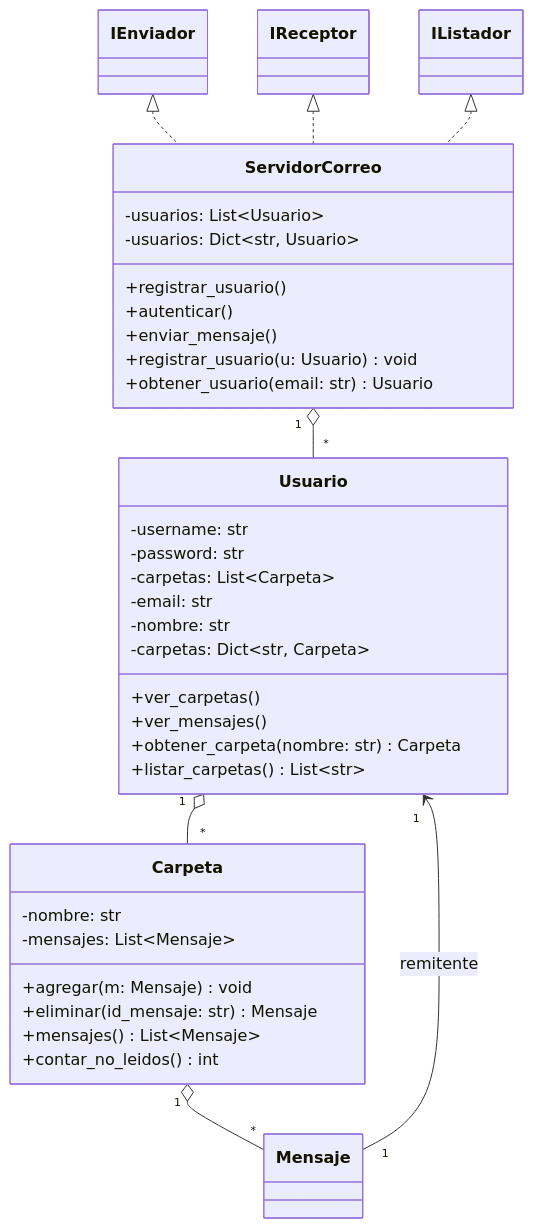
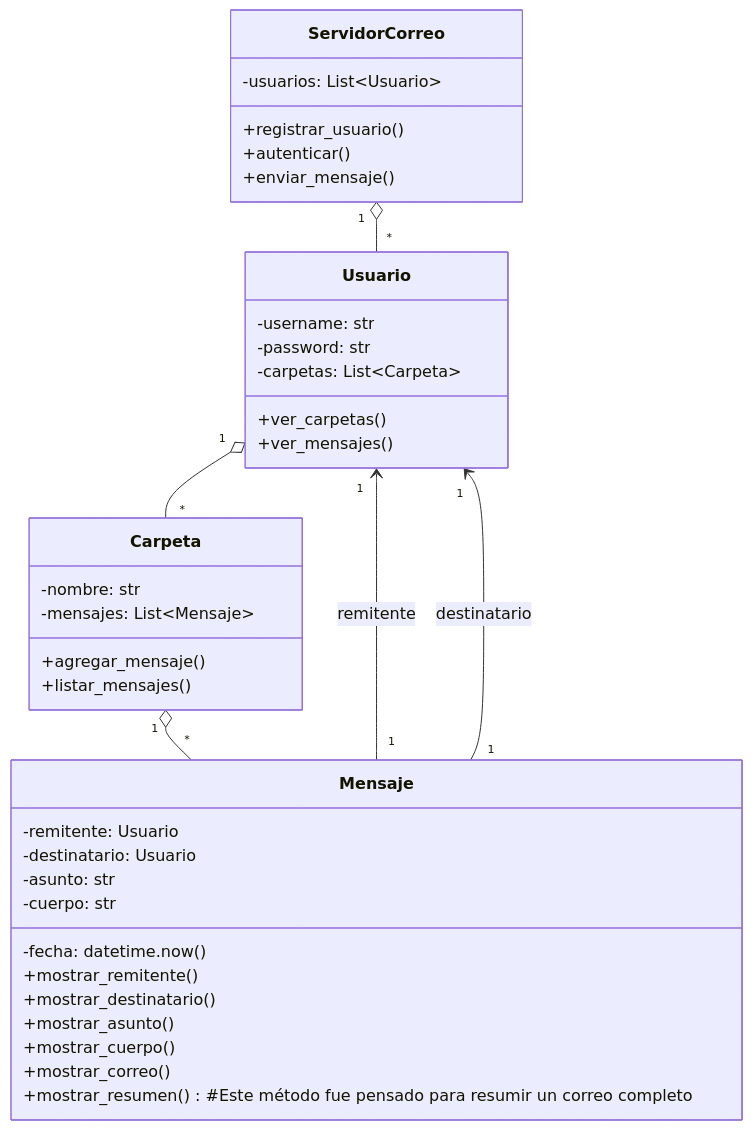
One commit to Python-UNAB/TP-ServicioDeCorreo changed the diagram in readme.md. Above: the diagram before and after it, drawn with Mermaid. The commit also changed other lines of this file, not shown here.

Commit message:
Revert "Merge branch 'main' of https://github.com/Python-UNAB/TP-ServicioDeCorreo"
This reverts commit ad8a7f5196e79d67974bfb7d0189e387f292e57d, reversing
changes made to aface317b8ebb5582b22d283dde010970d487da8.

````diff
--- a/readme.md
+++ b/readme.md
@@ -15,51 +15,46 @@
 ```mermaid
 classDiagram
     direction TB
 
     class ServidorCorreo {
         -usuarios: List~Usuario~
         +registrar_usuario()
         +autenticar()
         +enviar_mensaje()
     }
 
     class Usuario {
         -username: str
         -password: str
         -carpetas: List~Carpeta~
         +ver_carpetas()
         +ver_mensajes()
     }
 
-		class Carpeta {
-			-nombre: str
-			-mensajes: List~Mensaje~
-			+agregar(m: Mensaje) void
-			+eliminar(id_mensaje: str) Mensaje
-			+mensajes() List~Mensaje~
-			+contar_no_leidos() int
-		}
+    class Carpeta {
+        -nombre: str
+        -mensajes: List~Mensaje~
+        +agregar_mensaje()
+        +listar_mensajes()
+    }
 
-		class Usuario {
-			-email: str
-			-nombre: str
-			-carpetas: Dict~str, Carpeta~
-			+obtener_carpeta(nombre: str) Carpeta
-			+listar_carpetas() List~str~
-		}
+    class Mensaje {
+        -remitente: Usuario
+        -destinatario: Usuario
+        -asunto: str
+        -cuerpo: str
+		-fecha: datetime.now()
+        +mostrar_remitente()
+		+mostrar_destinatario()
+		+mostrar_asunto()
+		+mostrar_cuerpo()
+		+mostrar_correo()
+		+mostrar_resumen() #Este método fue pensado para resumir un correo completo
+    }
 
-		class ServidorCorreo {
-			-usuarios: Dict~str, Usuario~
-			+registrar_usuario(u: Usuario) void
-			+obtener_usuario(email: str) Usuario
-		}
-
-		IEnviador <|.. ServidorCorreo
-		IReceptor <|.. ServidorCorreo
-		IListador <|.. ServidorCorreo
-
-		Usuario "1" o-- "*" Carpeta
-		Carpeta "1" o-- "*" Mensaje
-		Mensaje "1" --> "1" Usuario : remitente
-		ServidorCorreo "1" o-- "*" Usuario
+    ServidorCorreo "1" o-- "*" Usuario
+    Usuario "1" o-- "*" Carpeta
+    Carpeta "1" o-- "*" Mensaje
+    Mensaje "1" --> "1" Usuario : remitente
+    Mensaje "1" --> "1" Usuario : destinatario
 ```
````
